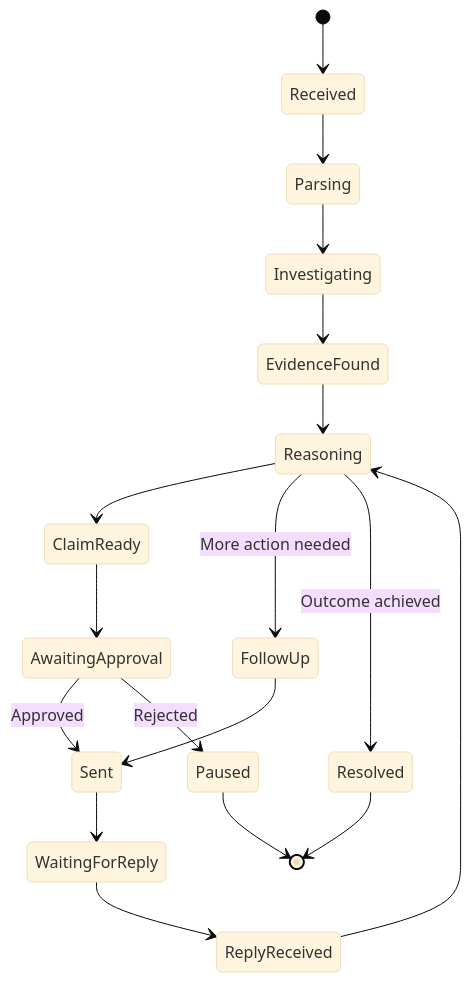
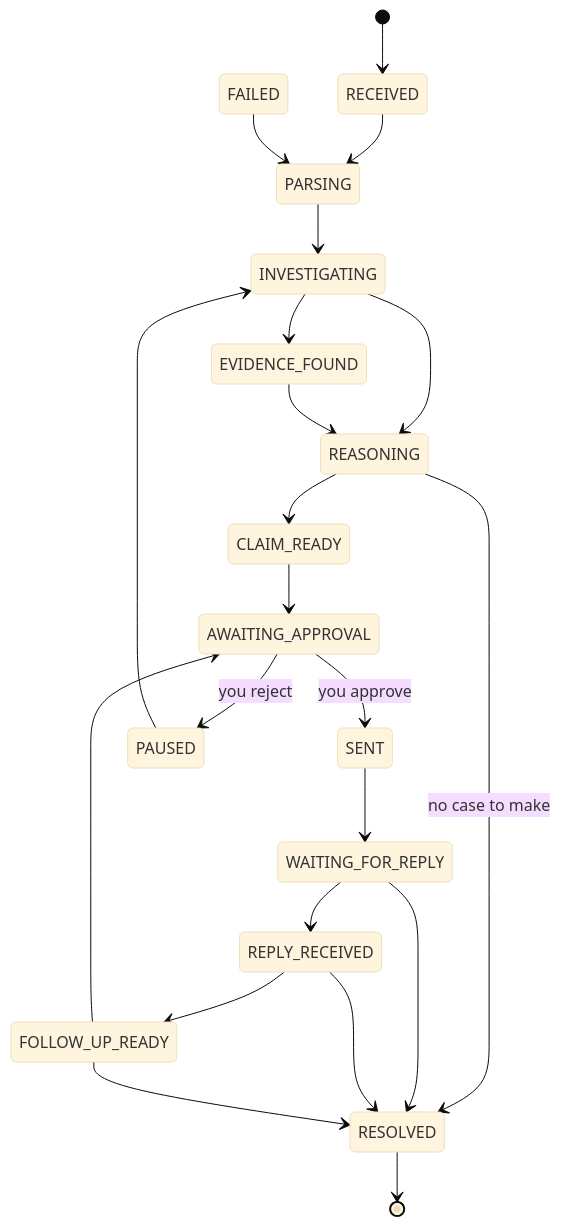
The second of 5 diagrams in README.md (Aaditya1273/Sherlock), drawn with Mermaid (base theme) before and after one commit. The commit also changed other lines of this file and 2 other files, not shown here.

````diff
--- a/README.md
+++ b/README.md
@@ -445,28 +97,24 @@
 ```mermaid
 stateDiagram-v2
-    [*] --> Received
-
-    Received --> Parsing
-    Parsing --> Investigating
-
-    Investigating --> EvidenceFound
-    EvidenceFound --> Reasoning
-
-    Reasoning --> ClaimReady
-    ClaimReady --> AwaitingApproval
-
-    AwaitingApproval --> Sent: Approved
-    AwaitingApproval --> Paused: Rejected
-
-    Sent --> WaitingForReply
-    WaitingForReply --> ReplyReceived
-
-    ReplyReceived --> Reasoning
-    Reasoning --> FollowUp: More action needed
-    FollowUp --> Sent
-
-    Reasoning --> Resolved: Outcome achieved
-
-    Resolved --> [*]
-    Paused --> [*]
+    [*] --> RECEIVED
+    RECEIVED --> PARSING
+    PARSING --> INVESTIGATING
+    INVESTIGATING --> EVIDENCE_FOUND
+    INVESTIGATING --> REASONING
+    EVIDENCE_FOUND --> REASONING
+    REASONING --> CLAIM_READY
+    REASONING --> RESOLVED: no case to make
+    CLAIM_READY --> AWAITING_APPROVAL
+    AWAITING_APPROVAL --> SENT: you approve
+    AWAITING_APPROVAL --> PAUSED: you reject
+    SENT --> WAITING_FOR_REPLY
+    WAITING_FOR_REPLY --> REPLY_RECEIVED
+    WAITING_FOR_REPLY --> RESOLVED
+    REPLY_RECEIVED --> FOLLOW_UP_READY
+    REPLY_RECEIVED --> RESOLVED
+    FOLLOW_UP_READY --> AWAITING_APPROVAL
+    FOLLOW_UP_READY --> RESOLVED
+    PAUSED --> INVESTIGATING
+    FAILED --> PARSING
+    RESOLVED --> [*]
 ```
````
